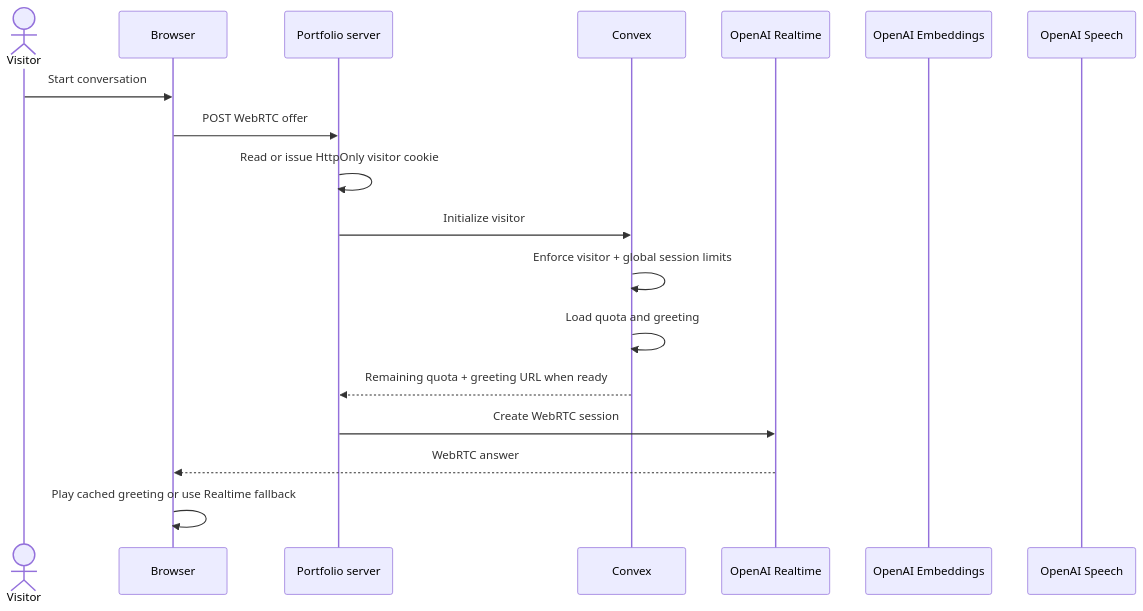
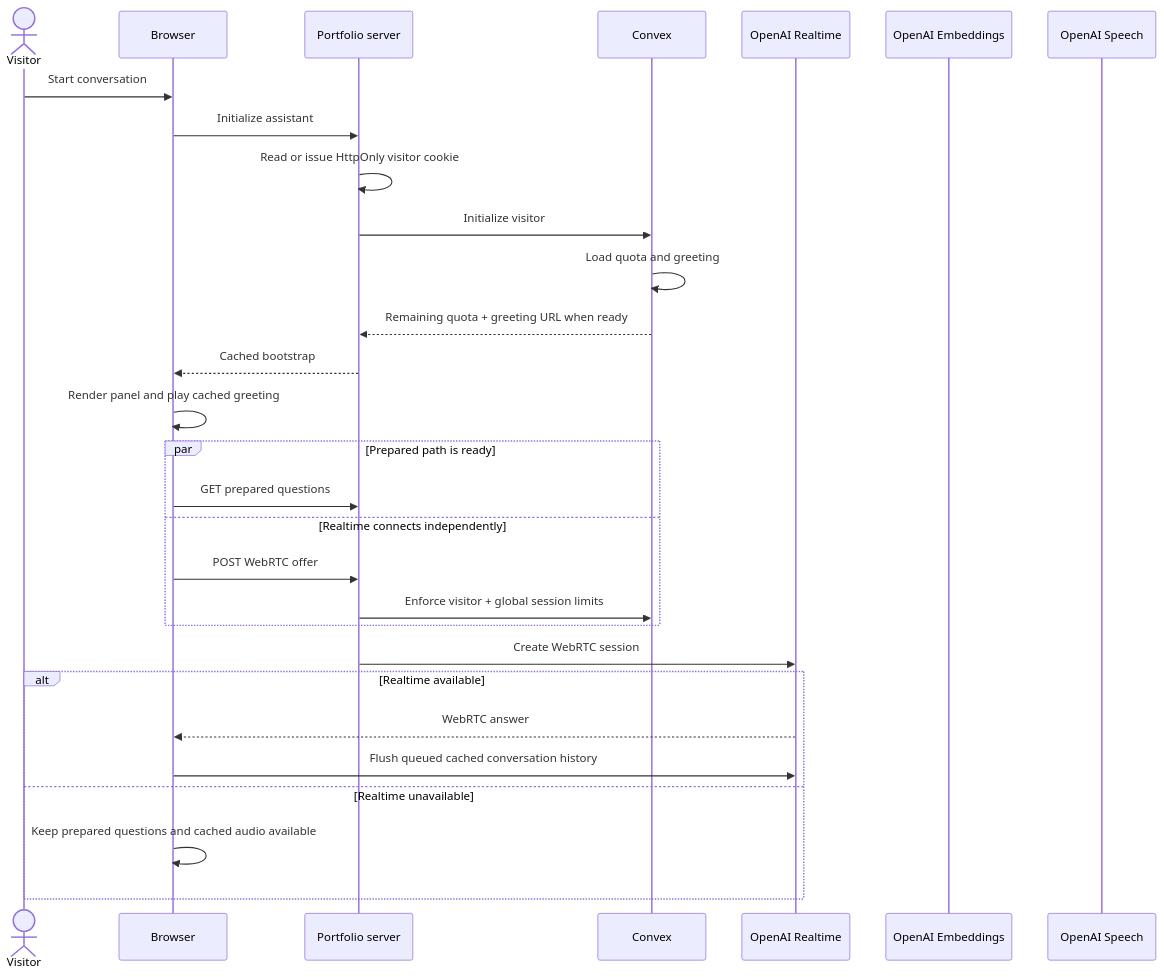
The second of 4 diagrams in docs/voice-cache-architecture.md (kyc-software/portfolio), drawn with Mermaid before and after one commit. The commit also changed other lines of this file and 11 other files, not shown here.

First line of the commit message:
Enhance AI assistant initialization and session management

````diff
--- a/docs/voice-cache-architecture.md
+++ b/docs/voice-cache-architecture.md
@@ -52,21 +52,32 @@
 ```mermaid
 sequenceDiagram
   actor Visitor
   participant Browser
   participant Portfolio as Portfolio server
   participant Convex
   participant Realtime as OpenAI Realtime
   participant Embeddings as OpenAI Embeddings
   participant Speech as OpenAI Speech
 
   Visitor->>Browser: Start conversation
-  Browser->>Portfolio: POST WebRTC offer
+  Browser->>Portfolio: Initialize assistant
   Portfolio->>Portfolio: Read or issue HttpOnly visitor cookie
   Portfolio->>Convex: Initialize visitor
-  Convex->>Convex: Enforce visitor + global session limits
   Convex->>Convex: Load quota and greeting
   Convex-->>Portfolio: Remaining quota + greeting URL when ready
+  Portfolio-->>Browser: Cached bootstrap
+  Browser->>Browser: Render panel and play cached greeting
+  par Prepared path is ready
+    Browser->>Portfolio: GET prepared questions
+  and Realtime connects independently
+    Browser->>Portfolio: POST WebRTC offer
+    Portfolio->>Convex: Enforce visitor + global session limits
+  end
   Portfolio->>Realtime: Create WebRTC session
-  Realtime-->>Browser: WebRTC answer
-  Browser->>Browser: Play cached greeting or use Realtime fallback
+  alt Realtime available
+    Realtime-->>Browser: WebRTC answer
+    Browser->>Realtime: Flush queued cached conversation history
+  else Realtime unavailable
+    Browser->>Browser: Keep prepared questions and cached audio available
+  end
 ```
````
